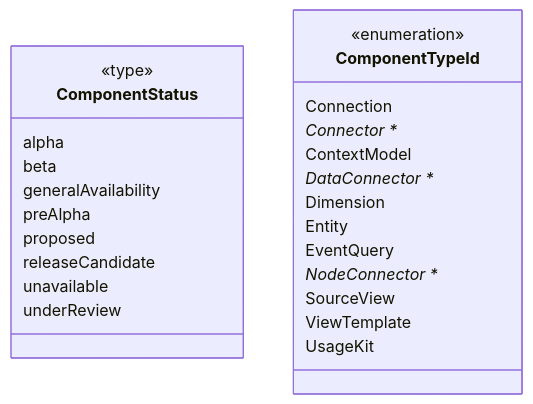
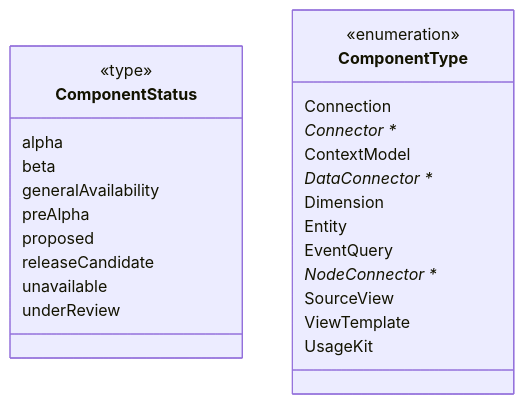
Before and after one commit to data-positioning/datapos-shared: the second of 14 diagrams in README.md, drawn with Mermaid. The commit also changed other lines of this file and 4 other files, not shown here.

````diff
--- a/README.md
+++ b/README.md
@@ -38,31 +38,31 @@
 ```mermaid
 classDiagram
     direction TB
 
     class ComponentStatus {
         <<type>>
         alpha
         beta
         generalAvailability
         preAlpha
         proposed
         releaseCandidate
         unavailable
         underReview
     }
 
-    class ComponentTypeId {
+    class ComponentType {
         <<enumeration>>
         Connection
         Connector **
         ContextModel
         DataConnector **
         Dimension
         Entity
         EventQuery
         NodeConnector **
         SourceView
         ViewTemplate
         UsageKit
     }
 ```
````
